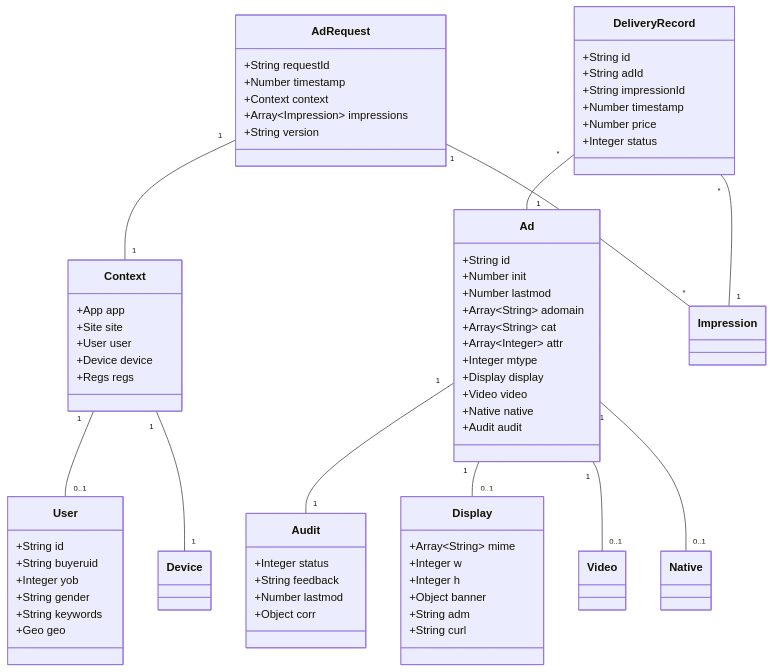
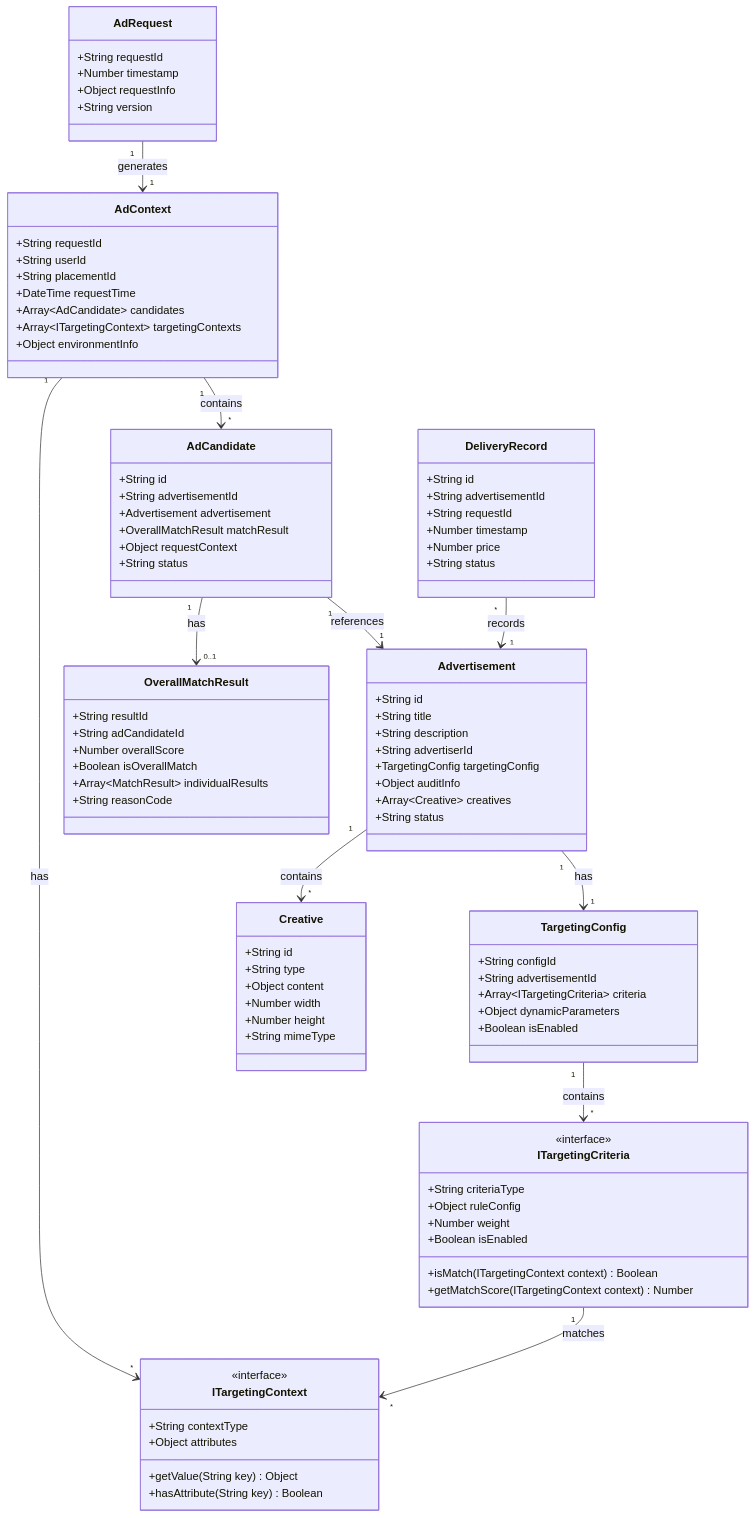
Before and after one commit to lornshrimp/Lorn.ADSP: the first of 4 diagrams in docs_ProductDesign/广告投放引擎/数据模型设计.md, drawn with Mermaid. The commit also changed other lines of this file and 49 other files, not shown here.

First line of the commit message:
feat: Implement UserValue and TimeSlot value objects with comprehensive properties and methods

````diff
--- a/docs_ProductDesign/广告投放引擎/数据模型设计.md
+++ b/docs_ProductDesign/广告投放引擎/数据模型设计.md
@@ -9,75 +9,101 @@
     class AdRequest {
         +String requestId
         +Number timestamp
-        +Context context
-        +Array~Impression~ impressions
+        +Object requestInfo
         +String version
     }
 
-    class Context {
-        +App app
-        +Site site
-        +User user
-        +Device device
-        +Regs regs
+    class AdContext {
+        +String requestId
+        +String userId
+        +String placementId
+        +DateTime requestTime
+        +Array~AdCandidate~ candidates
+        +Array~ITargetingContext~ targetingContexts
+        +Object environmentInfo
+    }
+    
+    class AdCandidate {
+        +String id
+        +String advertisementId
+        +Advertisement advertisement
+        +OverallMatchResult matchResult
+        +Object requestContext
+        +String status
     }
 
-    class User {
+    class Advertisement {
         +String id
-        +String buyeruid
-        +Integer yob
-        +String gender
-        +String keywords
-        +Geo geo
+        +String title
+        +String description
+        +String advertiserId
+        +TargetingConfig targetingConfig
+        +Object auditInfo
+        +Array~Creative~ creatives
+        +String status
+    }
+    
+    class TargetingConfig {
+        +String configId
+        +String advertisementId
+        +Array~ITargetingCriteria~ criteria
+        +Object dynamicParameters
+        +Boolean isEnabled
+    }
+    
+    class ITargetingCriteria {
+        <<interface>>
+        +String criteriaType
+        +Object ruleConfig
+        +Number weight
+        +Boolean isEnabled
+        +isMatch(ITargetingContext context) Boolean
+        +getMatchScore(ITargetingContext context) Number
+    }
+    
+    class ITargetingContext {
+        <<interface>>
+        +String contextType
+        +Object attributes
+        +getValue(String key) Object
+        +hasAttribute(String key) Boolean
+    }
+    
+    class OverallMatchResult {
+        +String resultId
+        +String adCandidateId
+        +Number overallScore
+        +Boolean isOverallMatch
+        +Array~MatchResult~ individualResults
+        +String reasonCode
     }
 
-    class Ad {
+    class Creative {
         +String id
-        +Number init
-        +Number lastmod
-        +Array~String~ adomain
-        +Array~String~ cat
-        +Array~Integer~ attr
-        +Integer mtype
-        +Display display
-        +Video video
-        +Native native
-        +Audit audit
-    }
-
-    class Display {
-        +Array~String~ mime
-        +Integer w
-        +Integer h
-        +Object banner
-        +String adm
-        +String curl
-    }
-
-    class Audit {
-        +Integer status
-        +String feedback
-        +Number lastmod
-        +Object corr
+        +String type
+        +Object content
+        +Number width
+        +Number height
+        +String mimeType
     }
 
     class DeliveryRecord {
         +String id
-        +String adId
-        +String impressionId
+        +String advertisementId
+        +String requestId
         +Number timestamp
         +Number price
-        +Integer status
+        +String status
     }
 
-    AdRequest "1" -- "1" Context
-    AdRequest "1" -- "*" Impression
-    Context "1" -- "0..1" User
-    Context "1" -- "1" Device
-    Ad "1" -- "1" Audit
-    Ad "1" -- "0..1" Display
-    Ad "1" -- "0..1" Video
-    Ad "1" -- "0..1" Native
-    DeliveryRecord "*" -- "1" Ad
-    DeliveryRecord "*" -- "1" Impression
+    AdRequest "1" --> "1" AdContext : generates
+    AdContext "1" --> "*" AdCandidate : contains
+    AdContext "1" --> "*" ITargetingContext : has
+    AdCandidate "1" --> "1" Advertisement : references
+    AdCandidate "1" --> "0..1" OverallMatchResult : has
+    Advertisement "1" --> "1" TargetingConfig : has
+    Advertisement "1" --> "*" Creative : contains
+    TargetingConfig "1" --> "*" ITargetingCriteria : contains
+    ITargetingCriteria "1" --> "*" ITargetingContext : matches
+    DeliveryRecord "*" --> "1" Advertisement : records
 ```
````
